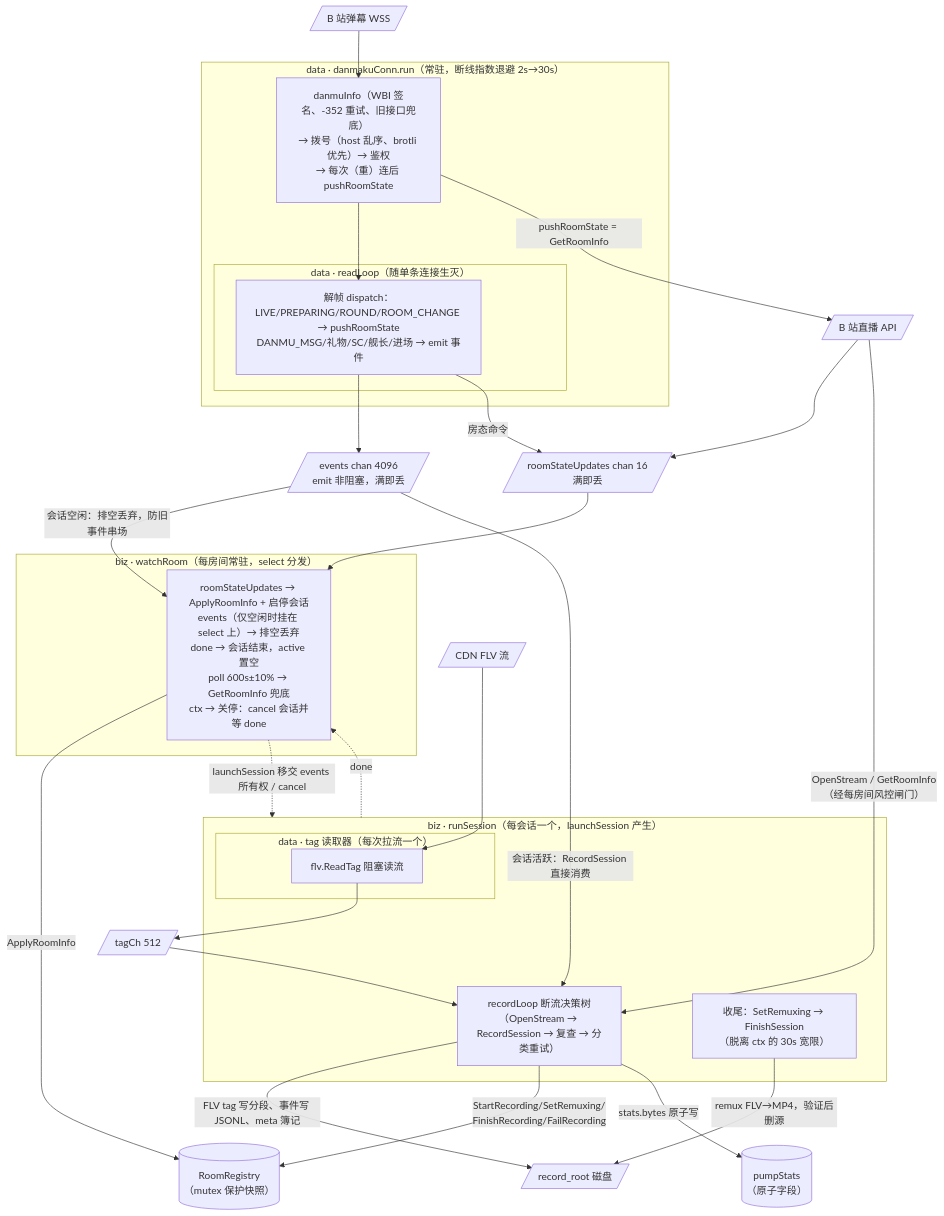
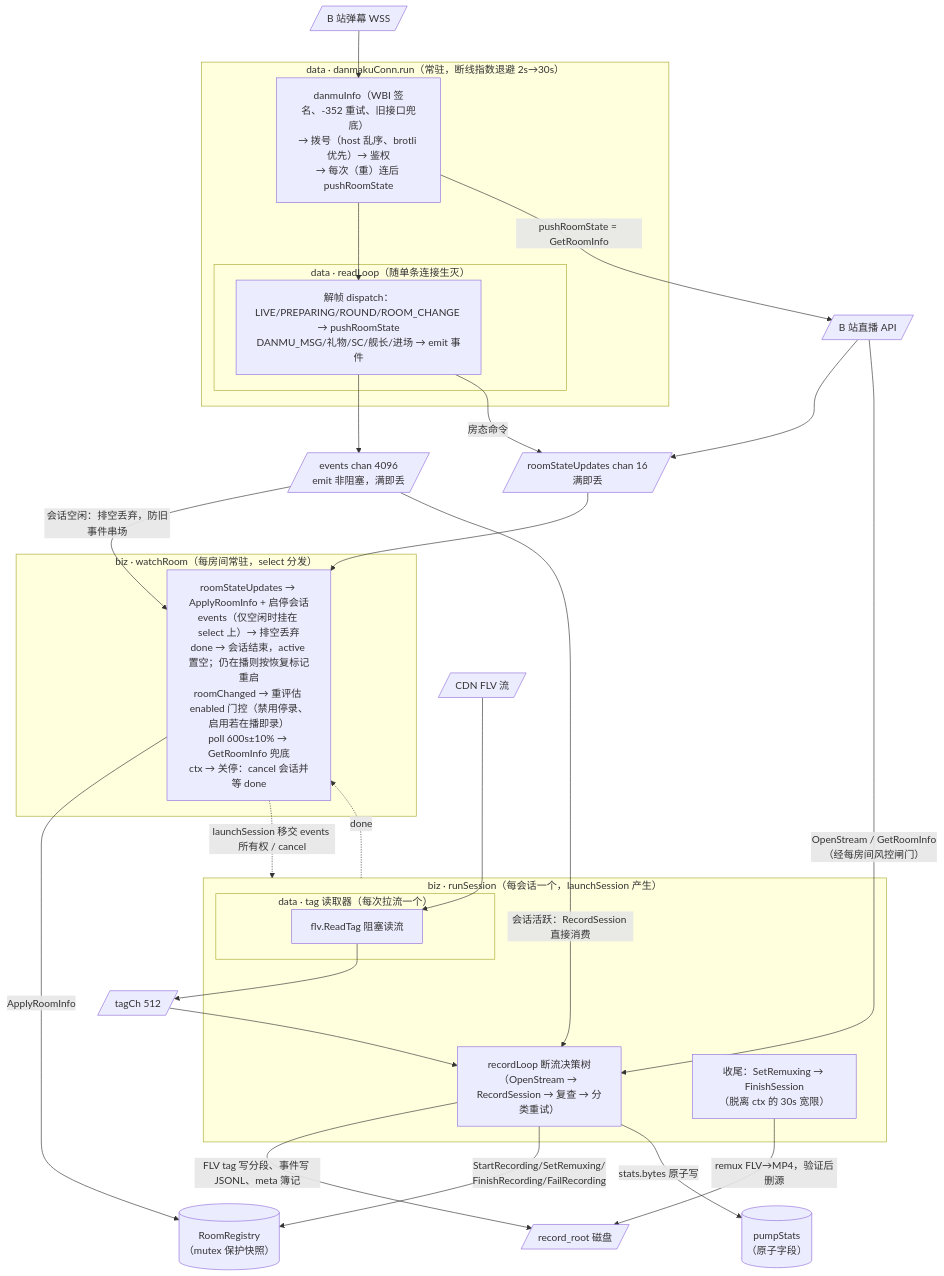
The second of 8 diagrams in docs/design/ddd-domain-model.md (xgbt/suika), drawn with Mermaid before and after one commit. The commit also changed other lines of this file, not shown here.

````diff
--- a/docs/design/ddd-domain-model.md
+++ b/docs/design/ddd-domain-model.md
@@ -289,51 +309,51 @@
 ```mermaid
 flowchart TB
   WSS[/B 站弹幕 WSS/]
   HTAPI[/B 站直播 API/]
   CDN[/CDN FLV 流/]
   DISK[/record_root 磁盘/]
 
   subgraph G2["data · danmakuConn.run（常驻，断线指数退避 2s→30s）"]
     dial["danmuInfo（WBI 签名、-352 重试、旧接口兜底）<br/>→ 拨号（host 乱序、brotli 优先）→ 鉴权<br/>→ 每次（重）连后 pushRoomState"]
     subgraph G3["data · readLoop（随单条连接生灭）"]
       rd["解帧 dispatch：<br/>LIVE/PREPARING/ROUND/ROOM_CHANGE → pushRoomState<br/>DANMU_MSG/礼物/SC/舰长/进场 → emit 事件"]
     end
   end
 
   subgraph G1["biz · watchRoom（每房间常驻，select 分发）"]
-    sel["roomStateUpdates → ApplyRoomInfo + 启停会话<br/>events（仅空闲时挂在 select 上）→ 排空丢弃<br/>done → 会话结束，active 置空<br/>poll 600s±10% → GetRoomInfo 兜底<br/>ctx → 关停：cancel 会话并等 done"]
+    sel["roomStateUpdates → ApplyRoomInfo + 启停会话<br/>events（仅空闲时挂在 select 上）→ 排空丢弃<br/>done → 会话结束，active 置空；仍在播则按恢复标记重启<br/>roomChanged → 重评估 enabled 门控（禁用停录、启用若在播即录）<br/>poll 600s±10% → GetRoomInfo 兜底<br/>ctx → 关停：cancel 会话并等 done"]
   end
 
   subgraph G4["biz · runSession（每会话一个，launchSession 产生）"]
     rec["recordLoop 断流决策树<br/>（OpenStream → RecordSession → 复查 → 分类重试）"]
     subgraph G5["data · tag 读取器（每次拉流一个）"]
       tag["flv.ReadTag 阻塞读流"]
     end
     fin["收尾：SetRemuxing → FinishSession<br/>（脱离 ctx 的 30s 宽限）"]
   end
 
   CH1[/"events chan 4096<br/>emit 非阻塞，满即丢"/]
   CH2[/"roomStateUpdates chan 16<br/>满即丢"/]
   CH3[/"tagCh 512"/]
 
   WSS --> dial
   dial --> rd
   rd --> CH1
   rd -->|房态命令| CH2
   dial -->|pushRoomState = GetRoomInfo| HTAPI
   HTAPI --> CH2
   CH2 --> sel
   CH1 -->|会话空闲：排空丢弃，防旧事件串场| sel
   CH1 -->|会话活跃：RecordSession 直接消费| rec
   sel -.->|launchSession 移交 events 所有权 / cancel| G4
   G4 -.->|done| sel
   CDN --> tag
   tag --> CH3
   CH3 --> rec
   HTAPI -->|OpenStream / GetRoomInfo（经每房间风控闸门）| rec
   rec -->|FLV tag 写分段、事件写 JSONL、meta 簿记| DISK
   fin -->|remux FLV→MP4，验证后删源| DISK
   sel -->|ApplyRoomInfo| RG[("RoomRegistry<br/>（mutex 保护快照）")]
   rec -->|StartRecording/SetRemuxing/<br/>FinishRecording/FailRecording| RG
   rec -->|stats.bytes 原子写| ST[("pumpStats<br/>（原子字段）")]
 ```
````
